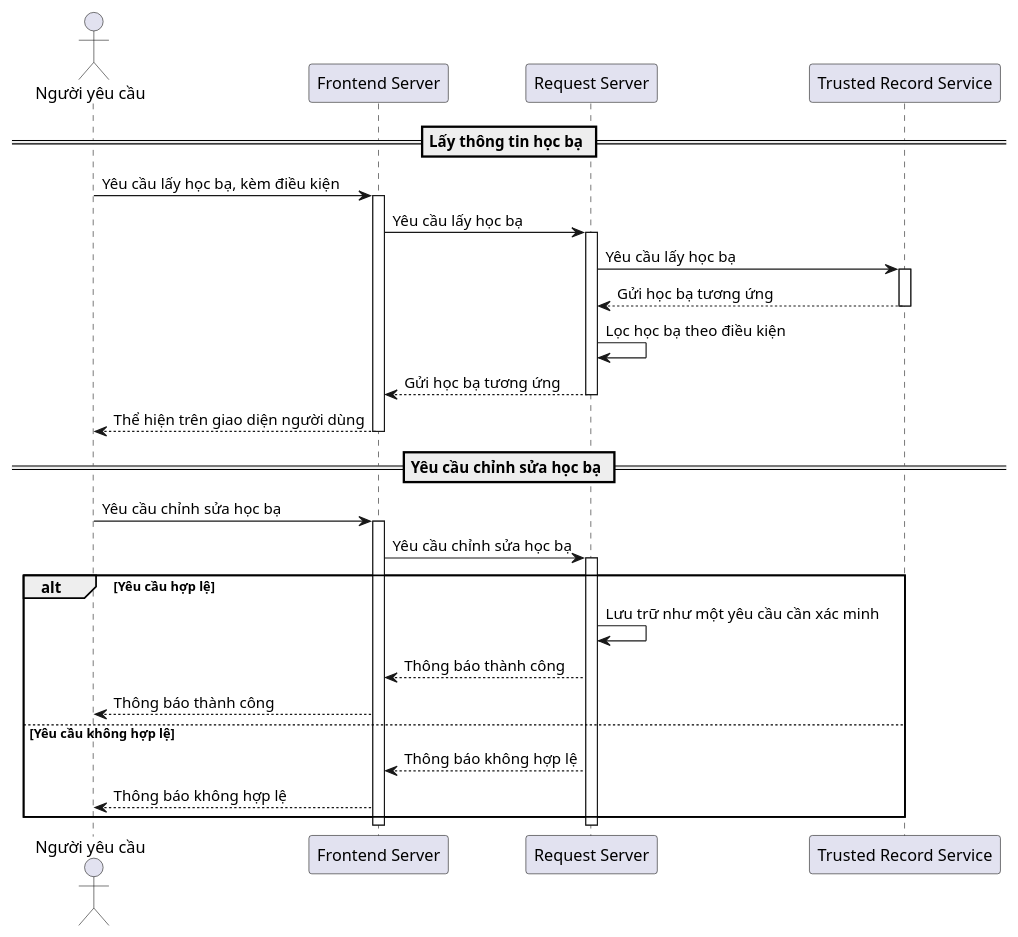
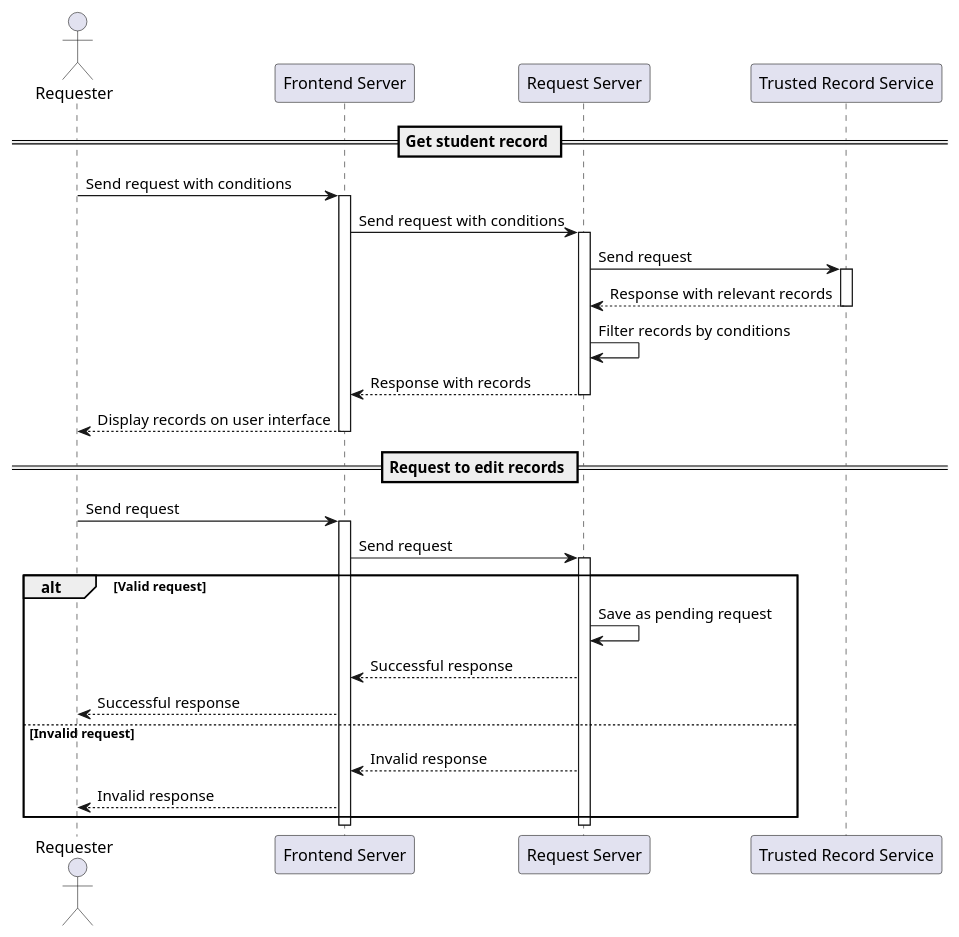
One commit to etases/EduBlock.Book changed the second of 5 diagrams in DesignArticle.VI.md. Above: the diagram before and after it, drawn with PlantUML. The commit also changed other lines of this file, not shown here.

Commit message:
ENG on Sequence Diagram

````diff
--- a/DesignArticle.VI.md
+++ b/DesignArticle.VI.md
@@ -74,40 +74,40 @@
 ```{.plantuml caption="Người yêu cầu" id="fig-rs-workflow-requester"}
 @startuml
-actor "Người yêu cầu" as Requester
+actor "Requester" as Requester
 participant "Frontend Server" as Frontend
 participant "Request Server" as Backend
 participant "Trusted Record Service" as Record
 
-== Lấy thông tin học bạ ==
+== Get student record ==
 
-Requester -> Frontend: Yêu cầu lấy học bạ, kèm điều kiện
+Requester -> Frontend: Send request with conditions
 activate Frontend
-Frontend -> Backend: Yêu cầu lấy học bạ
+Frontend -> Backend: Send request with conditions
 activate Backend
-Backend -> Record: Yêu cầu lấy học bạ
+Backend -> Record: Send request
 activate Record
-Record --> Backend: Gửi học bạ tương ứng
+Record --> Backend: Response with relevant records
 deactivate Record
-Backend -> Backend: Lọc học bạ theo điều kiện
-Backend --> Frontend: Gửi học bạ tương ứng
+Backend -> Backend: Filter records by conditions
+Backend --> Frontend: Response with records
 deactivate Backend
-Frontend --> Requester: Thể hiện trên giao diện người dùng
+Frontend --> Requester: Display records on user interface
 deactivate Frontend
 
-== Yêu cầu chỉnh sửa học bạ ==
-Requester -> Frontend: Yêu cầu chỉnh sửa học bạ
+== Request to edit records ==
+Requester -> Frontend: Send request
 activate Frontend
-Frontend -> Backend: Yêu cầu chỉnh sửa học bạ
+Frontend -> Backend: Send request
 activate Backend
-alt Yêu cầu hợp lệ
-  Backend -> Backend: Lưu trữ như một yêu cầu cần xác minh
-  Backend --> Frontend: Thông báo thành công
-  Frontend --> Requester: Thông báo thành công
-else Yêu cầu không hợp lệ
-  Backend --> Frontend: Thông báo không hợp lệ
-  Frontend --> Requester: Thông báo không hợp lệ
+alt Valid request
+  Backend -> Backend: Save as pending request
+  Backend --> Frontend: Successful response
+  Frontend --> Requester: Successful response
+else Invalid request
+  Backend --> Frontend: Invalid response
+  Frontend --> Requester: Invalid response
 end
 deactivate Backend
 deactivate Frontend
 @enduml
 ```
````
